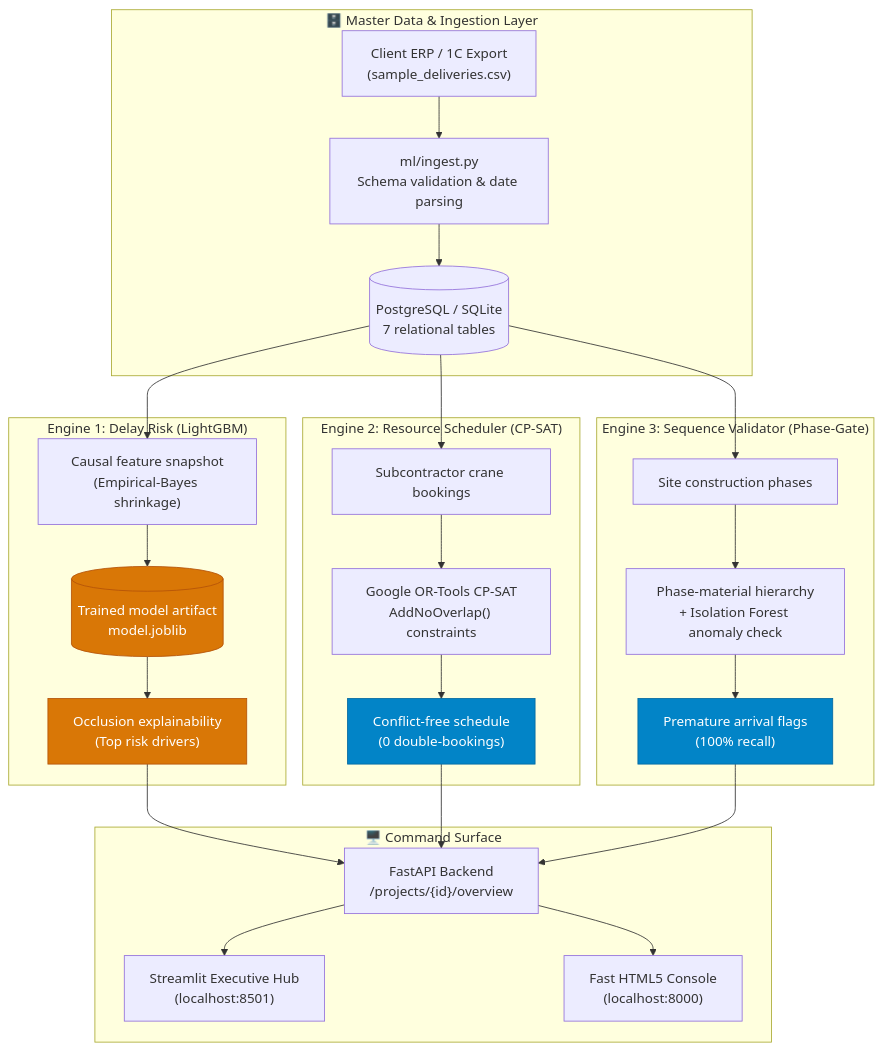
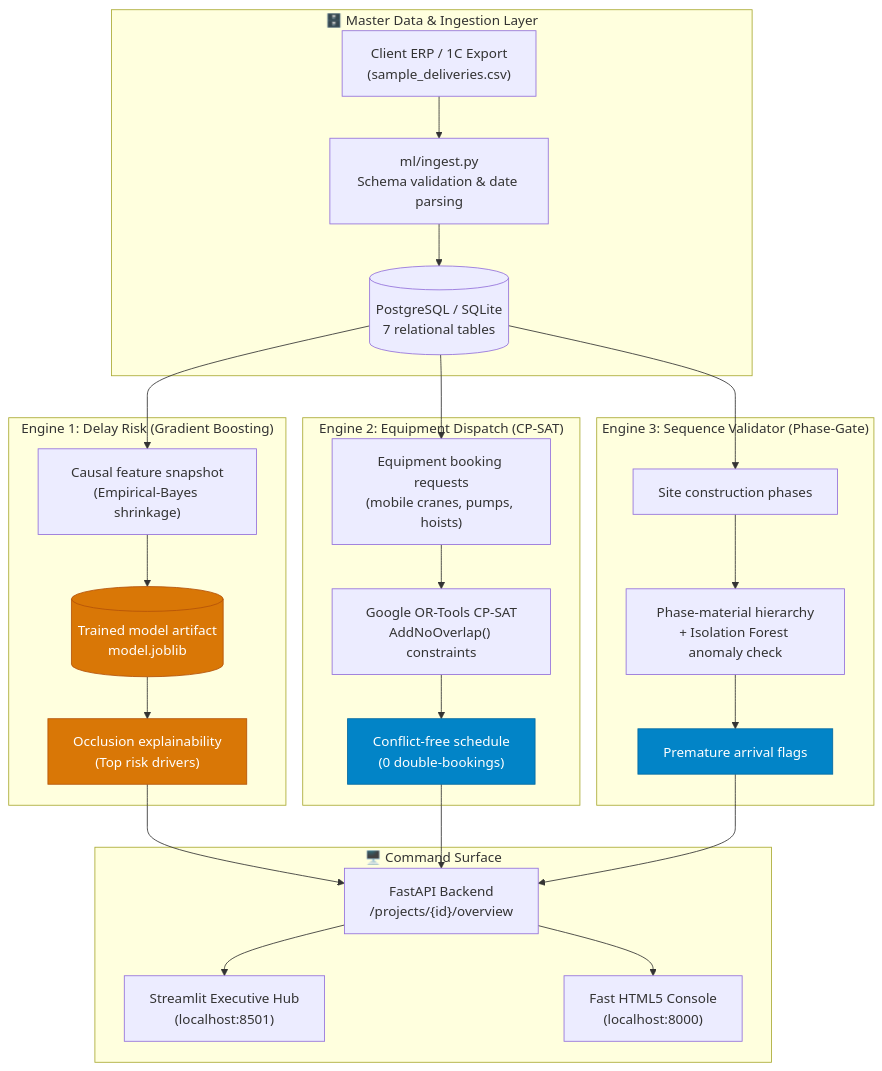
Before and after one commit to shokkanuly/delivery-delay: the diagram in README.md, drawn with Mermaid. The commit also changed other lines of this file and 29 other files, not shown here.

````diff
--- a/README.md
+++ b/README.md
@@ -100,43 +102,43 @@
 ```mermaid
 flowchart TB
     subgraph DATA["🗄️ Master Data & Ingestion Layer"]
         ERP["Client ERP / 1C Export<br/>(sample_deliveries.csv)"]
         INGEST["ml/ingest.py<br/>Schema validation & date parsing"]
         DB[("PostgreSQL / SQLite<br/>7 relational tables")]
         ERP --> INGEST --> DB
     end
 
-    subgraph E1["Engine 1: Delay Risk (LightGBM)"]
+    subgraph E1["Engine 1: Delay Risk (Gradient Boosting)"]
         FEAT["Causal feature snapshot<br/>(Empirical-Bayes shrinkage)"]
         MOD[("Trained model artifact<br/>model.joblib")]
         OCCL["Occlusion explainability<br/>(Top risk drivers)"]
         DB --> FEAT --> MOD --> OCCL
     end
 
-    subgraph E2["Engine 2: Resource Scheduler (CP-SAT)"]
-        SLOTS["Subcontractor crane bookings"]
+    subgraph E2["Engine 2: Equipment Dispatch (CP-SAT)"]
+        SLOTS["Equipment booking requests<br/>(mobile cranes, pumps, hoists)"]
         SOLV["Google OR-Tools CP-SAT<br/>AddNoOverlap() constraints"]
         RES["Conflict-free schedule<br/>(0 double-bookings)"]
         DB --> SLOTS --> SOLV --> RES
     end
 
     subgraph E3["Engine 3: Sequence Validator (Phase-Gate)"]
         PHASE["Site construction phases"]
         RULES["Phase-material hierarchy<br/>+ Isolation Forest anomaly check"]
-        GATE["Premature arrival flags<br/>(100% recall)"]
+        GATE["Premature arrival flags"]
         DB --> PHASE --> RULES --> GATE
     end
 
     subgraph UI["🖥️ Command Surface"]
         API["FastAPI Backend<br/>/projects/{id}/overview"]
         ST["Streamlit Executive Hub<br/>(localhost:8501)"]
         HTML["Fast HTML5 Console<br/>(localhost:8000)"]
         OCCL & RES & GATE --> API
         API --> ST & HTML
     end
 
     classDef g fill:#0284C7,stroke:#0369A1,color:#FFFFFF;
     classDef e fill:#D97706,stroke:#B45309,color:#FFFFFF;
     class RES,GATE g;
     class OCCL,MOD e;
 ```
````
